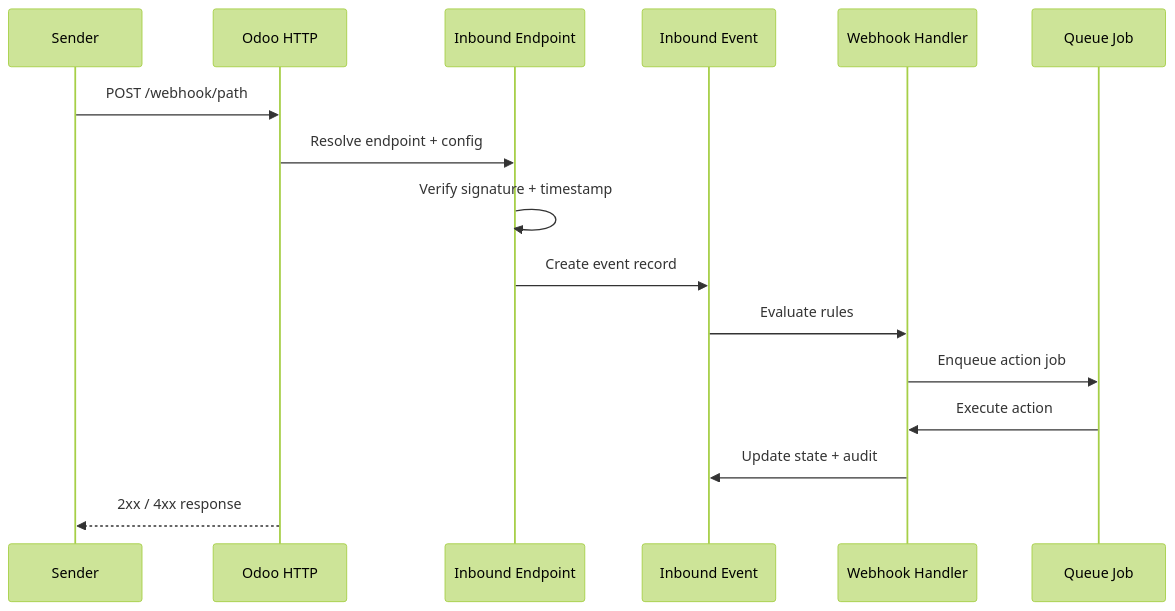
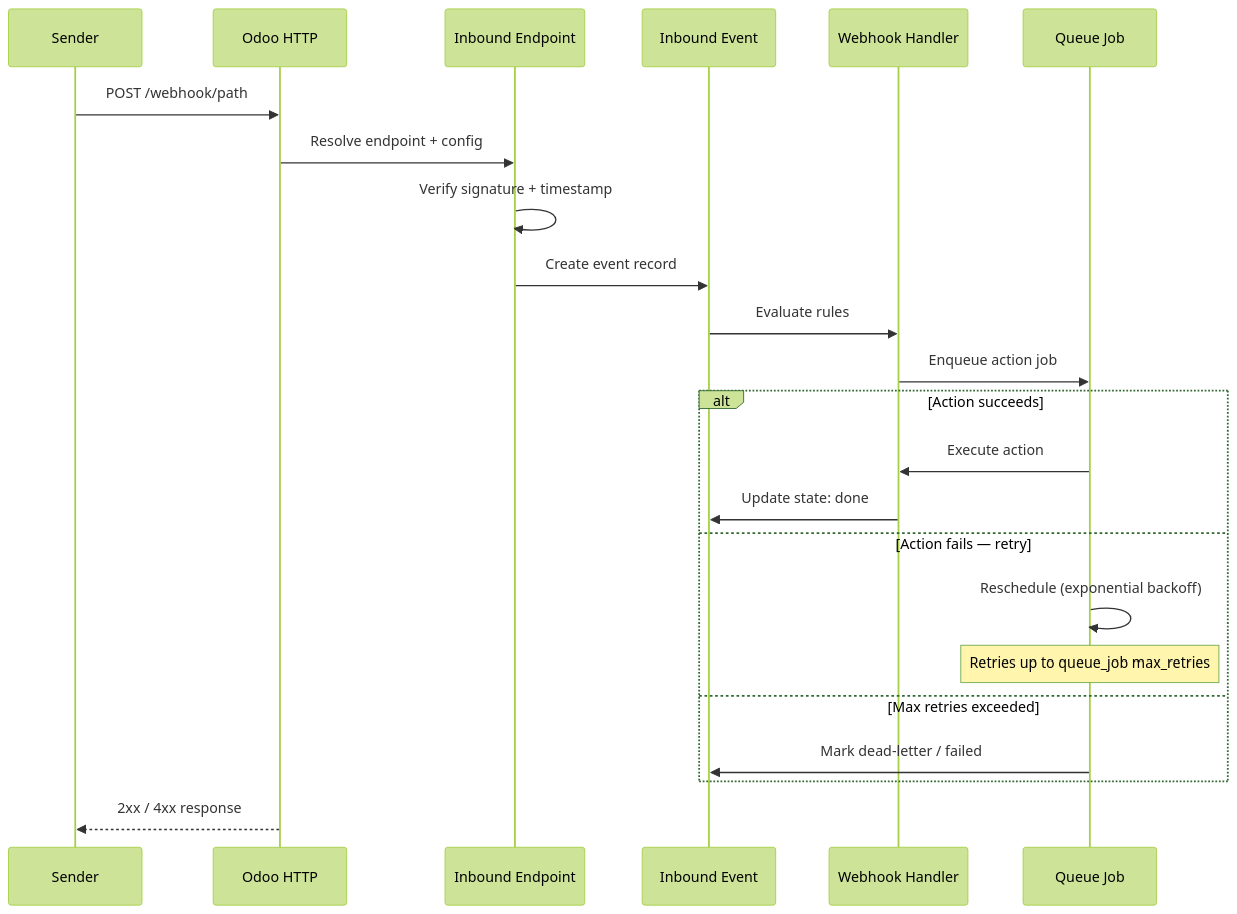
The diagram in docs/diagrams/webhooks-inbound-sequence.mmd (bitwise-hq/odoo-webhooks), drawn with Mermaid (forest theme) before and after one commit. The commit also changed 11 other files, not shown here.

Commit message:
[IMP] docs: add retry and dead-letter paths to inbound and outbound flow diagrams

```diff
--- a/docs/diagrams/webhooks-inbound-sequence.mmd
+++ b/docs/diagrams/webhooks-inbound-sequence.mmd
@@ -1,17 +1,24 @@
 sequenceDiagram
   participant Sender
   participant Odoo as Odoo HTTP
   participant Endpoint as Inbound Endpoint
   participant Event as Inbound Event
   participant Handler as Webhook Handler
   participant Queue as Queue Job
 
   Sender->>Odoo: POST /webhook/path
   Odoo->>Endpoint: Resolve endpoint + config
   Endpoint->>Endpoint: Verify signature + timestamp
   Endpoint->>Event: Create event record
   Event->>Handler: Evaluate rules
   Handler->>Queue: Enqueue action job
-  Queue->>Handler: Execute action
-  Handler->>Event: Update state + audit
+  alt Action succeeds
+    Queue->>Handler: Execute action
+    Handler->>Event: Update state: done
+  else Action fails — retry
+    Queue->>Queue: Reschedule (exponential backoff)
+    note over Queue: Retries up to queue_job max_retries
+  else Max retries exceeded
+    Queue->>Event: Mark dead-letter / failed
+  end
   Odoo-->>Sender: 2xx / 4xx response
```
